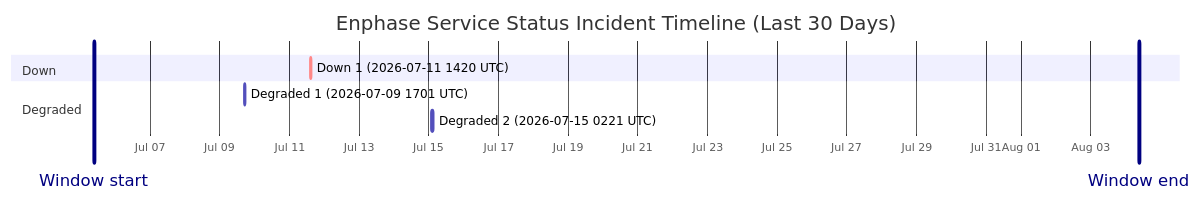
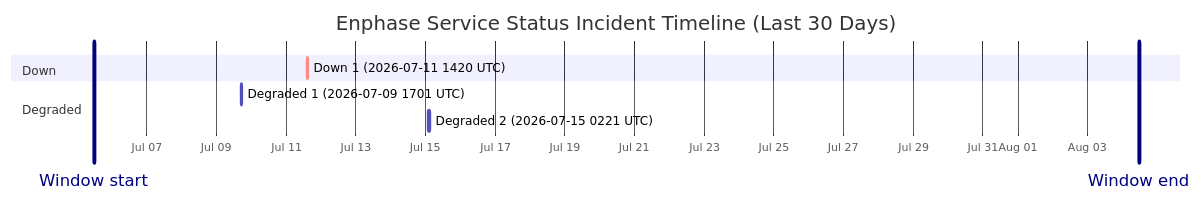
The diagram in wiki/Service-Status-History.md (barneyonline/ha-enphase-energy), drawn with Mermaid before and after one commit. The commit also changed other lines of this file and 3 other files, not shown here.

````diff
--- a/wiki/Service-Status-History.md
+++ b/wiki/Service-Status-History.md
@@ -14,13 +14,13 @@
 ```mermaid
 gantt
     title Enphase Service Status Incident Timeline (Last 30 Days)
     dateFormat  YYYY-MM-DDTHH:mm:ss
     axisFormat  %b %d
-    Window start :vert, window-start, 2026-07-05T09:20:09, 0ms
-    Window end :vert, window-end, 2026-08-04T09:20:09, 0ms
+    Window start :vert, window-start, 2026-07-05T11:38:36, 0ms
+    Window end :vert, window-end, 2026-08-04T11:38:36, 0ms
     section Down
     Down 1 (2026-07-11 1420 UTC) :crit, down-1, 2026-07-11T14:20:54, 69m
     section Degraded
     Degraded 1 (2026-07-09 1701 UTC) :active, degraded-1, 2026-07-09T17:01:02, 60m
     Degraded 2 (2026-07-15 0221 UTC) :active, degraded-2, 2026-07-15T02:21:35, 60m
 ```
````
